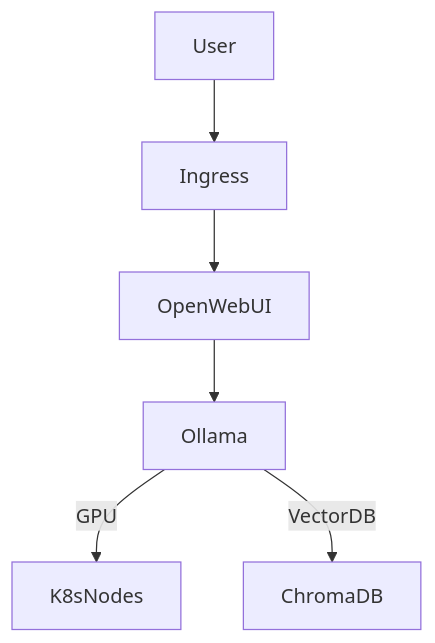
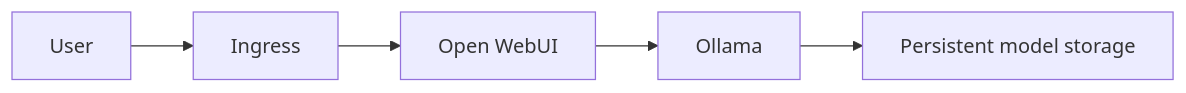
One commit to hacrex/AI-Infra-Ollama-K8s changed the diagram in README.md. Above: the diagram before and after it, drawn with Mermaid. The commit also changed other lines of this file and 11 other files, not shown here.

````diff
--- a/README.md
+++ b/README.md
@@ -5,8 +9,7 @@
 ```mermaid
-graph TD
+flowchart LR
   User --> Ingress
-  Ingress --> OpenWebUI
-  OpenWebUI --> Ollama
-  Ollama -->|GPU| K8sNodes
-  Ollama -->|VectorDB| ChromaDB
+  Ingress --> WebUI[Open WebUI]
+  WebUI --> Ollama
+  Ollama --> PVC[Persistent model storage]
 ```
````
